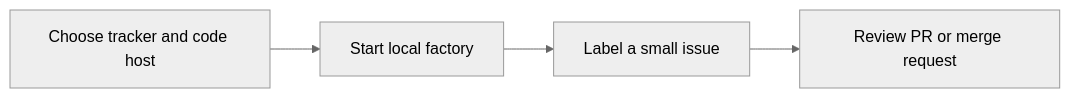
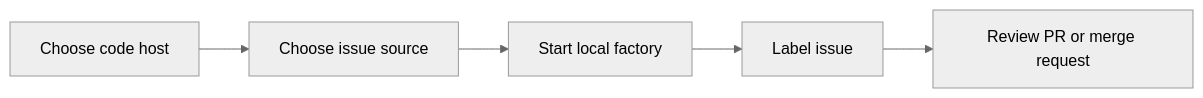
One commit to curie-eng/curie changed the diagram in docs/guides/dark-factory-quickstart.md. Above: the diagram before and after it, drawn with Mermaid (neutral theme). The commit also changed other lines of this file, not shown here.

First line of the commit message:
Organize factory quickstart by code host and issue source

````diff
--- a/docs/guides/dark-factory-quickstart.md
+++ b/docs/guides/dark-factory-quickstart.md
@@ -9,6 +9,7 @@
 ```mermaid
 flowchart LR
-    A["Choose tracker and code host"] --> B["Start local factory"]
-    B --> C["Label a small issue"]
-    C --> D["Review PR or merge request"]
+    A["Choose code host"] --> B["Choose issue source"]
+    B --> C["Start local factory"]
+    C --> D["Label issue"]
+    D --> E["Review PR or merge request"]
 ```
````
